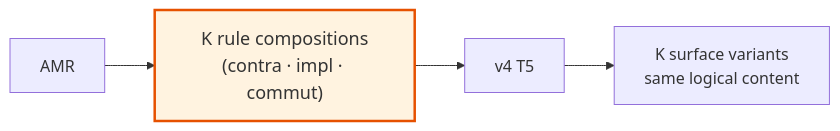
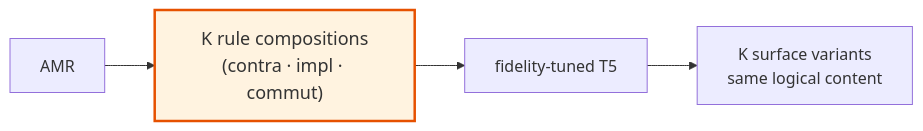
The second of 16 diagrams in extensions/reports/index.md (14H034160212/Logical-Equivalence-driven-AMR-Data-Augmentation-for-Representation-Learning), drawn with Mermaid before and after one commit. The commit also changed other lines of this file, not shown here.

````diff
--- a/extensions/reports/index.md
+++ b/extensions/reports/index.md
@@ -472,9 +260,9 @@
 ```mermaid
 flowchart LR
     A["AMR"] --> P["K rule compositions<br/>(contra · impl · commut)"]
-    P --> T["v4 T5"]
+    P --> T["fidelity-tuned T5"]
     T --> K["K surface variants<br/>same logical content"]
 
     classDef new fill:#fff3e0,stroke:#e65100,stroke-width:2.5px,font-size:18px
     class P new
 ```
````
